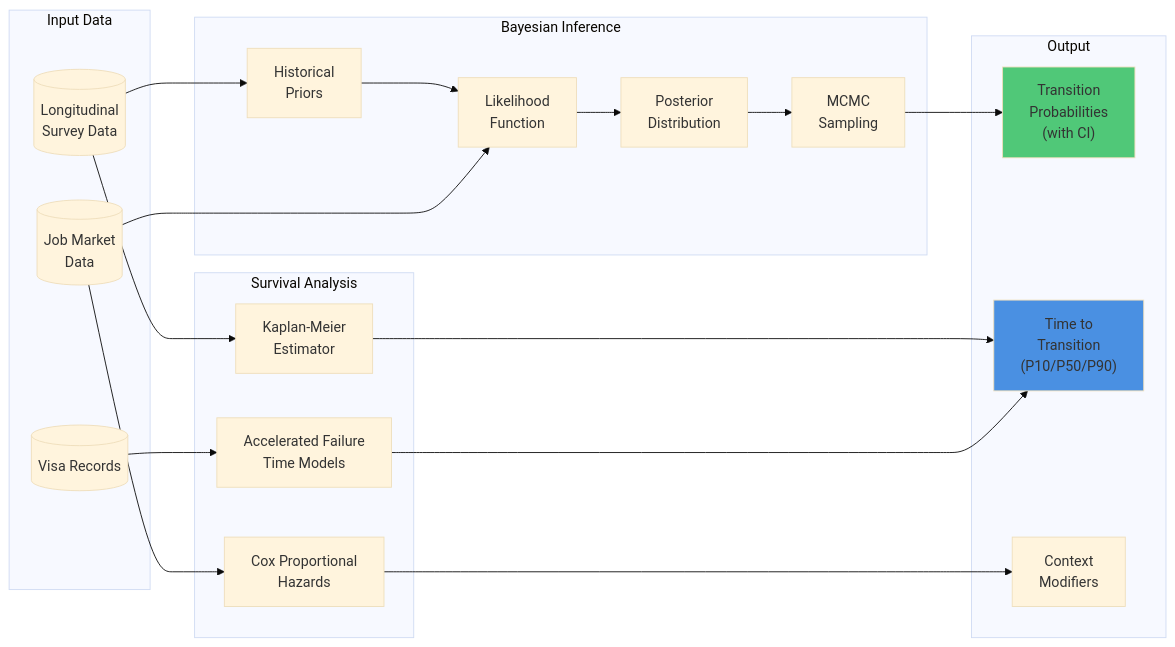
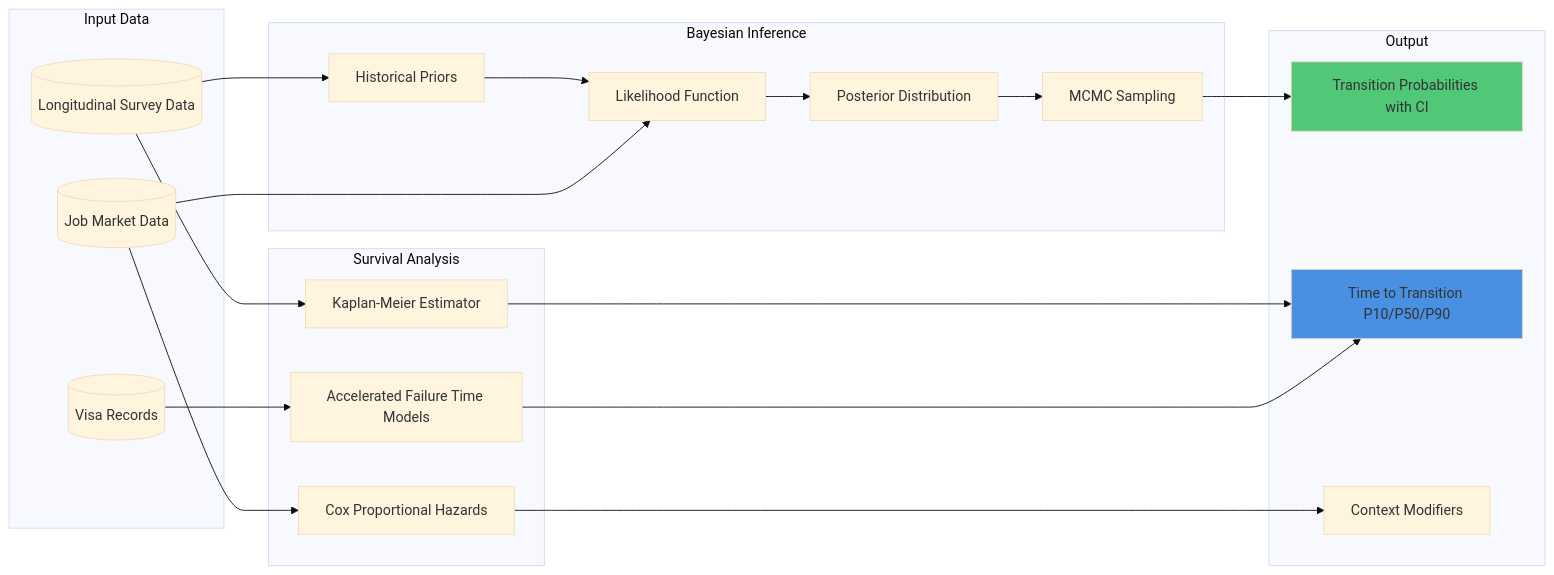
One commit to Nishant-coder-cpu/testing changed the sixth of 20 diagrams in ldc_flowcharts.md. Above: the diagram before and after it, drawn with Mermaid (base theme). The commit also changed other lines of this file, not shown here.

````diff
--- a/ldc_flowcharts.md
+++ b/ldc_flowcharts.md
@@ -398,45 +398,45 @@
 ```mermaid
 graph LR
     subgraph "Input Data"
-        LONG[(Longitudinal<br/>Survey Data)]
-        JOB[(Job Market<br/>Data)]
+        LONG[("Longitudinal Survey Data")]
+        JOB[("Job Market Data")]
         VISA[(Visa Records)]
     end
     
     subgraph "Survival Analysis"
-        KM[Kaplan-Meier<br/>Estimator]
-        COX[Cox Proportional<br/>Hazards]
-        AFT[Accelerated Failure<br/>Time Models]
+        KM[Kaplan-Meier Estimator]
+        COX[Cox Proportional Hazards]
+        AFT[Accelerated Failure Time Models]
     end
     
     subgraph "Bayesian Inference"
-        PRIOR[Historical<br/>Priors]
-        LIKE[Likelihood<br/>Function]
-        POST[Posterior<br/>Distribution]
-        MCMC[MCMC<br/>Sampling]
+        PRIOR[Historical Priors]
+        LIKE[Likelihood Function]
+        POST[Posterior Distribution]
+        MCMC[MCMC Sampling]
     end
     
     subgraph "Output"
-        TPROB["Transition<br/>Probabilities<br/>(with CI)"]
-        TTIME["Time to<br/>Transition<br/>(P10/P50/P90)"]
-        CONTEXT["Context<br/>Modifiers"]
+        TPROB["Transition Probabilities with CI"]
+        TTIME["Time to Transition P10/P50/P90"]
+        CONTEXT["Context Modifiers"]
     end
     
     LONG --> KM
     JOB --> COX
     VISA --> AFT
     
     KM --> TTIME
     COX --> CONTEXT
     AFT --> TTIME
     
     LONG --> PRIOR
     PRIOR --> LIKE
     JOB --> LIKE
     LIKE --> POST
     POST --> MCMC
     MCMC --> TPROB
     
     style TPROB fill:#50C878
     style TTIME fill:#4A90E2
 ```
````
